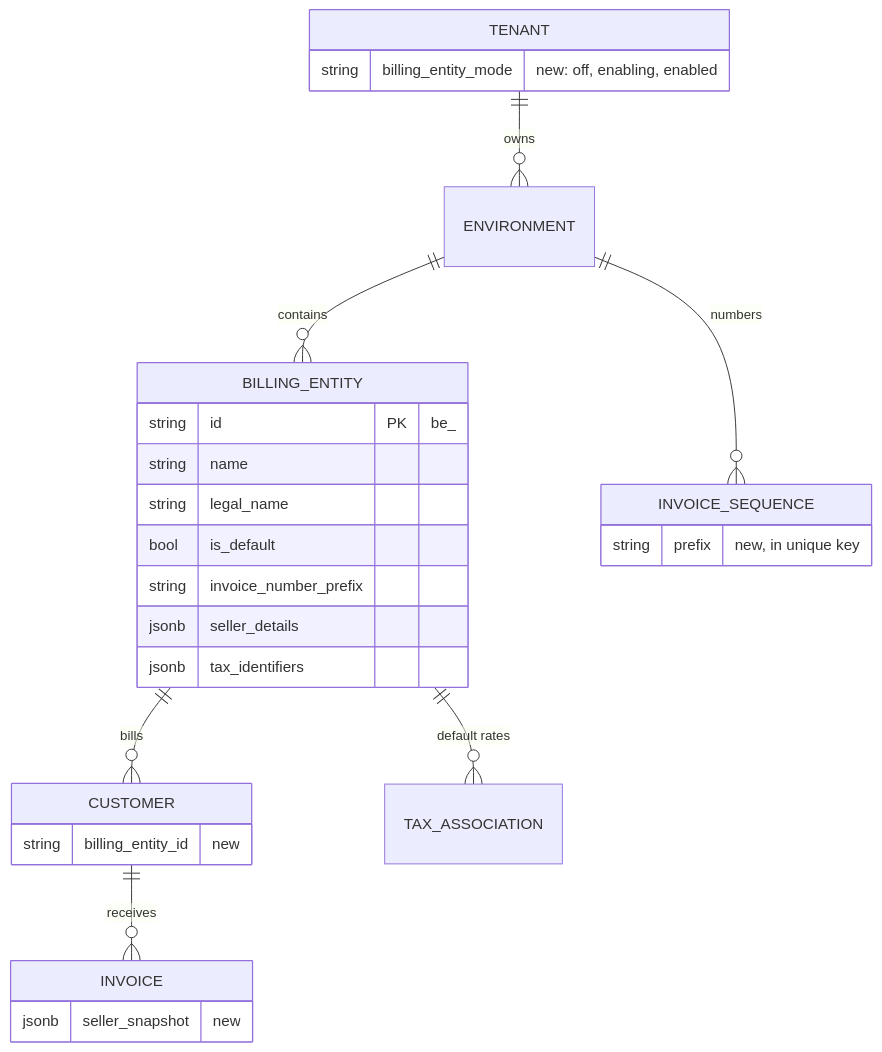
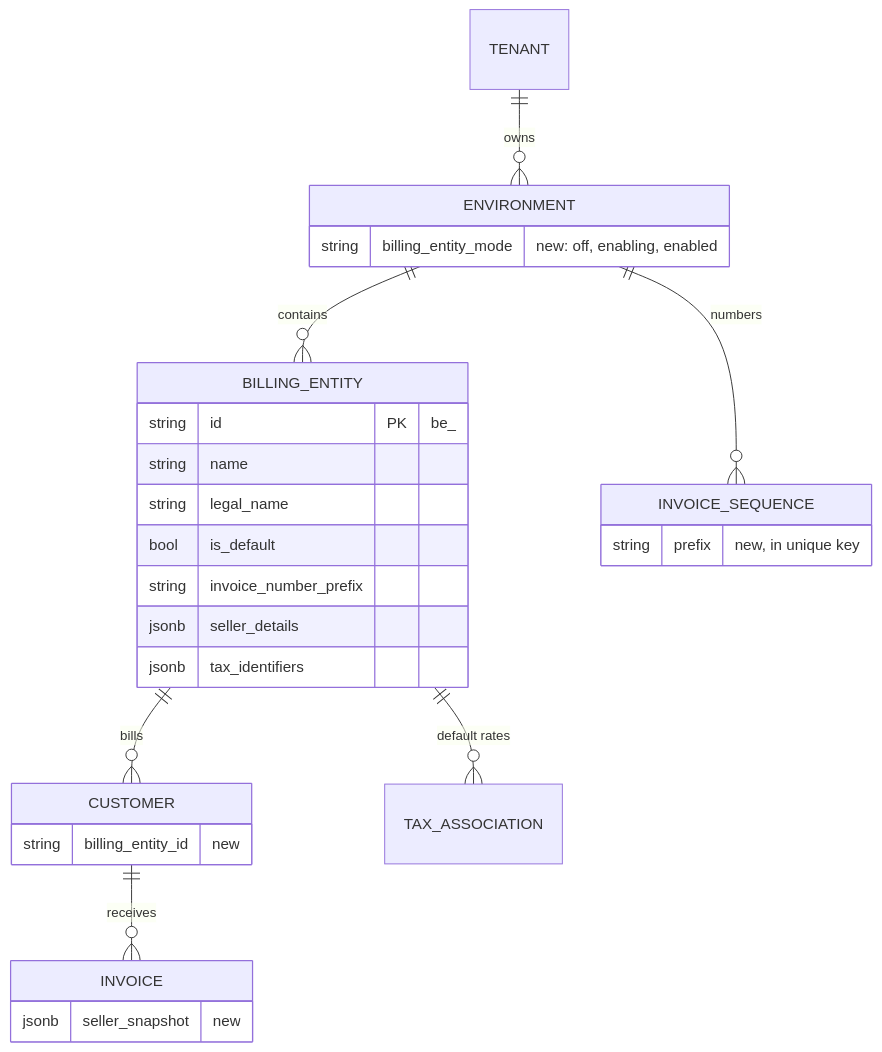
One commit to flexprice/flexprice changed the second of 7 diagrams in docs/design/2026-10-27-billing-entities-p1-erd.md. Above: the diagram before and after it, drawn with Mermaid. The commit also changed other lines of this file and 61 other files, not shown here.

````diff
--- a/docs/design/2026-10-27-billing-entities-p1-erd.md
+++ b/docs/design/2026-10-27-billing-entities-p1-erd.md
@@ -230,30 +232,30 @@
 ```mermaid
 erDiagram
   TENANT ||--o{ ENVIRONMENT : owns
   ENVIRONMENT ||--o{ BILLING_ENTITY : contains
   BILLING_ENTITY ||--o{ CUSTOMER : bills
   BILLING_ENTITY ||--o{ TAX_ASSOCIATION : "default rates"
   CUSTOMER ||--o{ INVOICE : receives
   ENVIRONMENT ||--o{ INVOICE_SEQUENCE : numbers
-  TENANT {
+  ENVIRONMENT {
     string billing_entity_mode "new: off, enabling, enabled"
   }
   BILLING_ENTITY {
     string id PK "be_"
     string name
     string legal_name
     bool is_default
     string invoice_number_prefix
     jsonb seller_details
     jsonb tax_identifiers
   }
   CUSTOMER {
     string billing_entity_id "new"
   }
   INVOICE {
     jsonb seller_snapshot "new"
   }
   INVOICE_SEQUENCE {
     string prefix "new, in unique key"
   }
 ```
````
